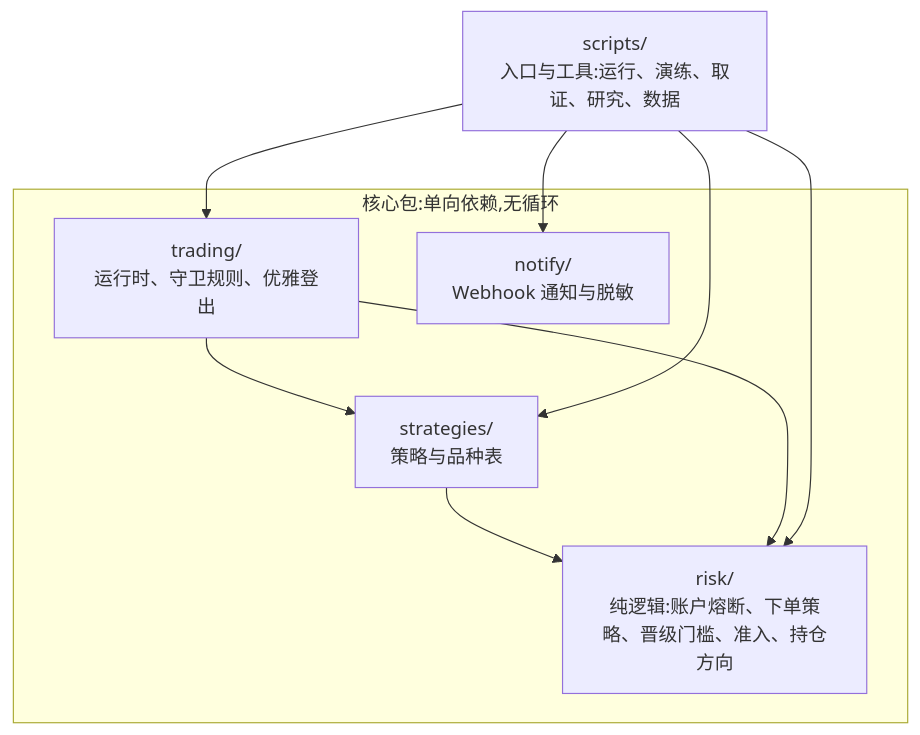
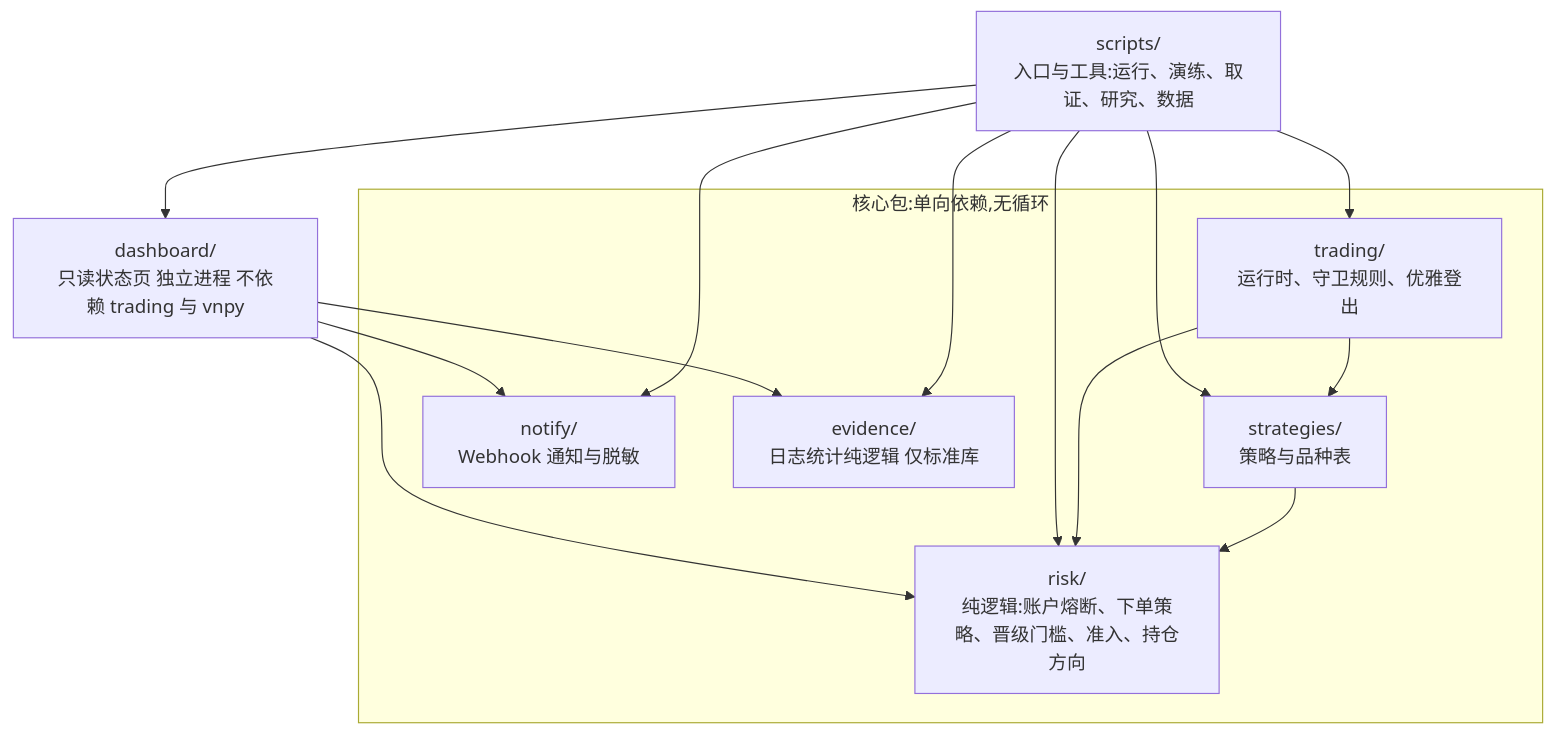
The diagram in docs/architecture.md (laiyinyizao007/invest), drawn with Mermaid before and after one commit. The commit also changed other lines of this file and 4 other files, not shown here.

First line of the commit message:
docs(dashboard): 同步架构图、节点表、运行手册、契约与 CHANGELOG (ref #1)

````diff
--- a/docs/architecture.md
+++ b/docs/architecture.md
@@ -100,17 +101,24 @@
 ```mermaid
 flowchart TB
   subgraph core[核心包:单向依赖,无循环]
     RISK[risk/<br/>纯逻辑:账户熔断、下单策略、晋级门槛、准入、持仓方向]
     STRAT[strategies/<br/>策略与品种表]
     TRADING[trading/<br/>运行时、守卫规则、优雅登出]
     NOTIFY[notify/<br/>Webhook 通知与脱敏]
+    EVID[evidence/<br/>日志统计纯逻辑 仅标准库]
   end
   SCRIPTS[scripts/<br/>入口与工具:运行、演练、取证、研究、数据]
+  DASH[dashboard/<br/>只读状态页 独立进程 不依赖 trading 与 vnpy]
   STRAT --> RISK
   TRADING --> RISK
   TRADING --> STRAT
   SCRIPTS --> TRADING
   SCRIPTS --> RISK
   SCRIPTS --> STRAT
   SCRIPTS --> NOTIFY
+  SCRIPTS --> EVID
+  SCRIPTS --> DASH
+  DASH --> EVID
+  DASH --> NOTIFY
+  DASH --> RISK
 ```
````
